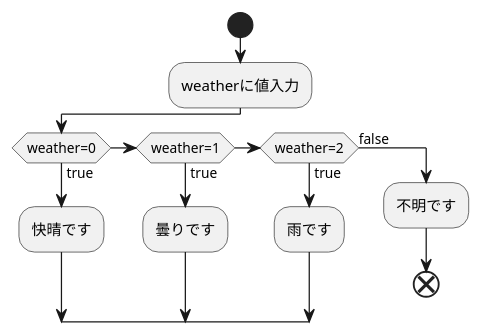
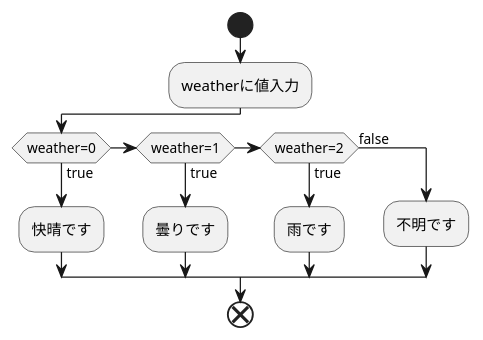
One commit to Aso2001369/2021sys-design changed the diagram in test3.md. Above: the diagram before and after it, drawn with PlantUML.

````diff
--- a/test3.md
+++ b/test3.md
@@ -1,16 +1,17 @@
 ```uml
 @startuml
 start
 :weatherに値入力;
 if(weather=0)then(true)
 :快晴です;
 elseif(weather=1)then(true)
 :曇りです;
 elseif(weather=2)then(true)
 :雨です;
 else(false)
 :不明です;
 
+endif
 end
 @enduml
 ```
````
